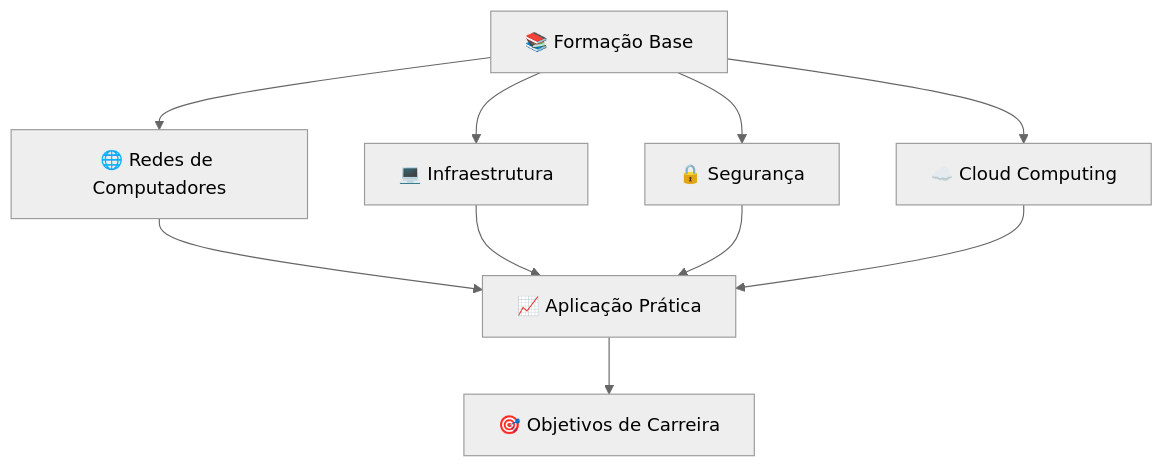
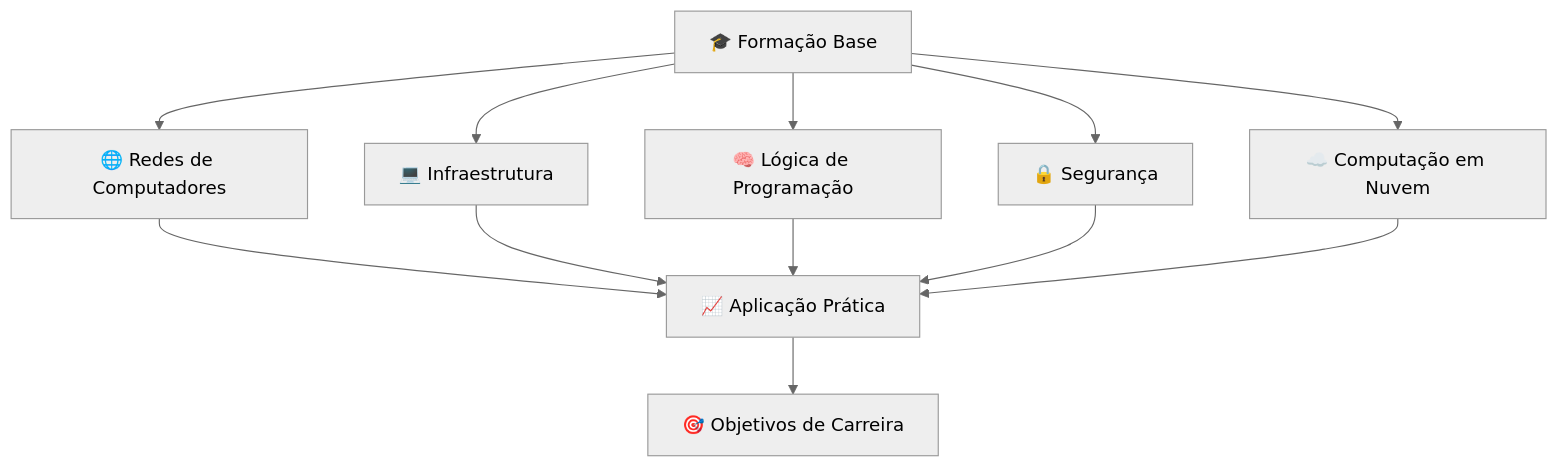
The diagram in README.md (th-hoffmann/gerenciamento-estudos-carreira), drawn with Mermaid (neutral theme) before and after one commit. The commit also changed other lines of this file, not shown here.

````diff
--- a/README.md
+++ b/README.md
@@ -29,14 +29,16 @@
 ```mermaid
 graph TD
-    A[📚 Formação Base] --> B[🌐 Redes de Computadores]
+    A[🎓 Formação Base] --> B[🌐 Redes de Computadores]
     A --> C[💻 Infraestrutura]
-    A --> D[🔒 Segurança]
-    A --> E[☁️ Cloud Computing]
+    A --> D[🧠 Lógica de Programação]
+    A --> E[🔒 Segurança]
+    A --> F[☁️ Computação em Nuvem]
+
+    B --> G[📈 Aplicação Prática]
+    C --> G
+    D --> G
+    E --> G
+    F --> G
     
-    B --> F[📈 Aplicação Prática]
-    C --> F
-    D --> F
-    E --> F
-    
-    F --> G[🎯 Objetivos de Carreira]
+    G --> H[🎯 Objetivos de Carreira]
 ```
````
